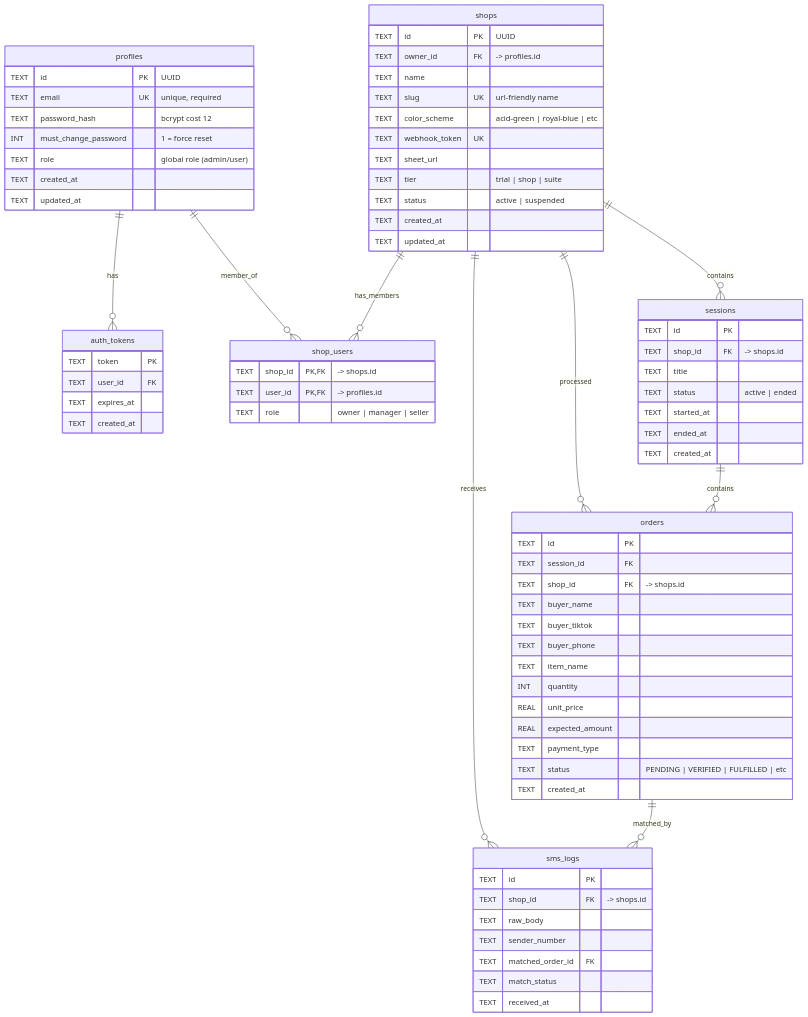
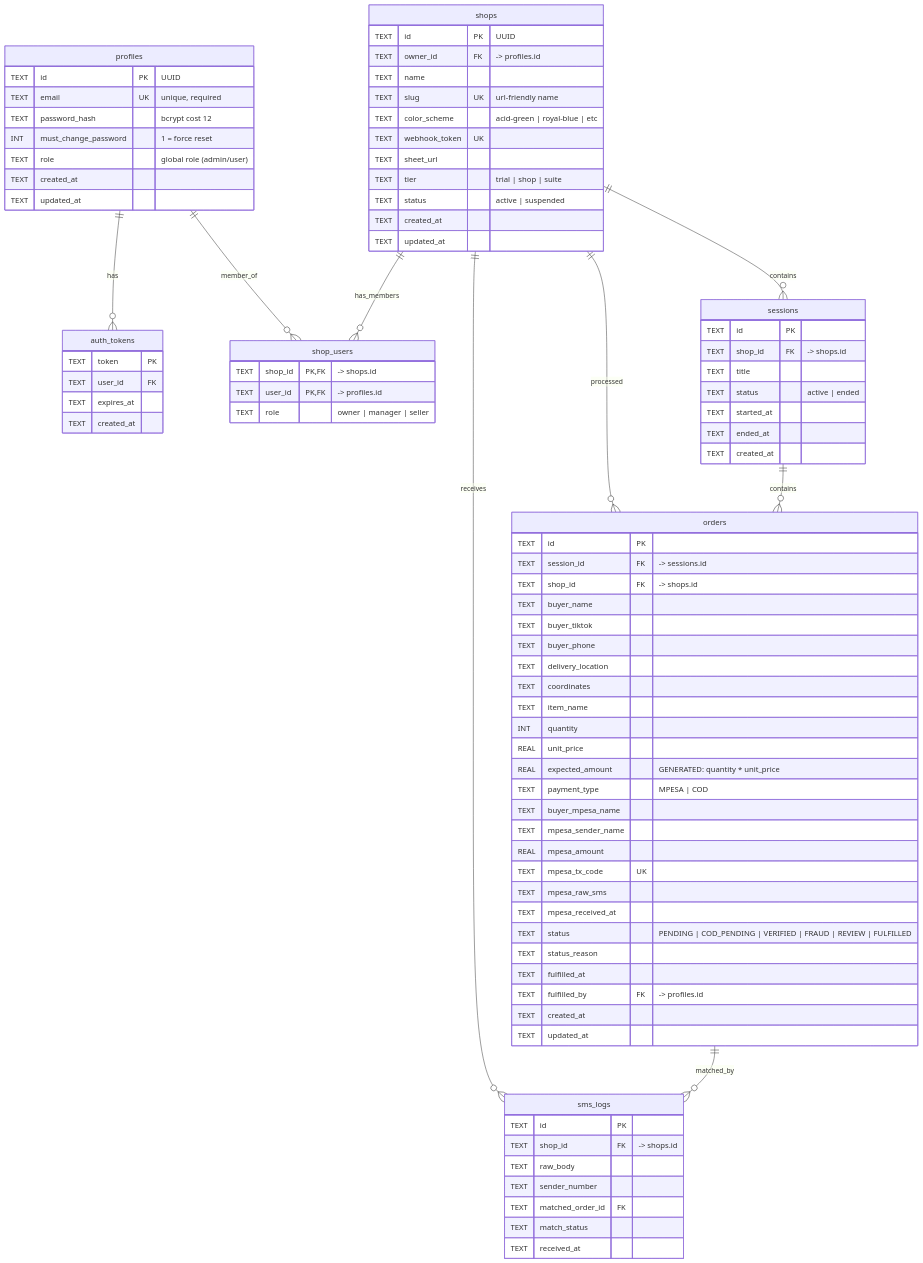
One commit to softlogictest/livesoko-v2 changed the diagram in docs/DATABASE_SCHEMA.md. Above: the diagram before and after it, drawn with Mermaid. The commit also changed other lines of this file and 26 other files, not shown here.

```diff
--- a/docs/DATABASE_SCHEMA.md
+++ b/docs/DATABASE_SCHEMA.md
@@ -64,18 +64,30 @@
 
     orders {
         TEXT id PK
-        TEXT session_id FK
+        TEXT session_id FK "-> sessions.id"
         TEXT shop_id FK "-> shops.id"
         TEXT buyer_name
         TEXT buyer_tiktok
         TEXT buyer_phone
+        TEXT delivery_location
+        TEXT coordinates
         TEXT item_name
         INT quantity
         REAL unit_price
-        REAL expected_amount
-        TEXT payment_type
-        TEXT status "PENDING | VERIFIED | FULFILLED | etc"
+        REAL expected_amount "GENERATED: quantity * unit_price"
+        TEXT payment_type "MPESA | COD"
+        TEXT buyer_mpesa_name
+        TEXT mpesa_sender_name
+        REAL mpesa_amount
+        TEXT mpesa_tx_code UK
+        TEXT mpesa_raw_sms
+        TEXT mpesa_received_at
+        TEXT status "PENDING | COD_PENDING | VERIFIED | FRAUD | REVIEW | FULFILLED"
+        TEXT status_reason
+        TEXT fulfilled_at
+        TEXT fulfilled_by FK "-> profiles.id"
         TEXT created_at
+        TEXT updated_at
     }
 
     sms_logs {
```
